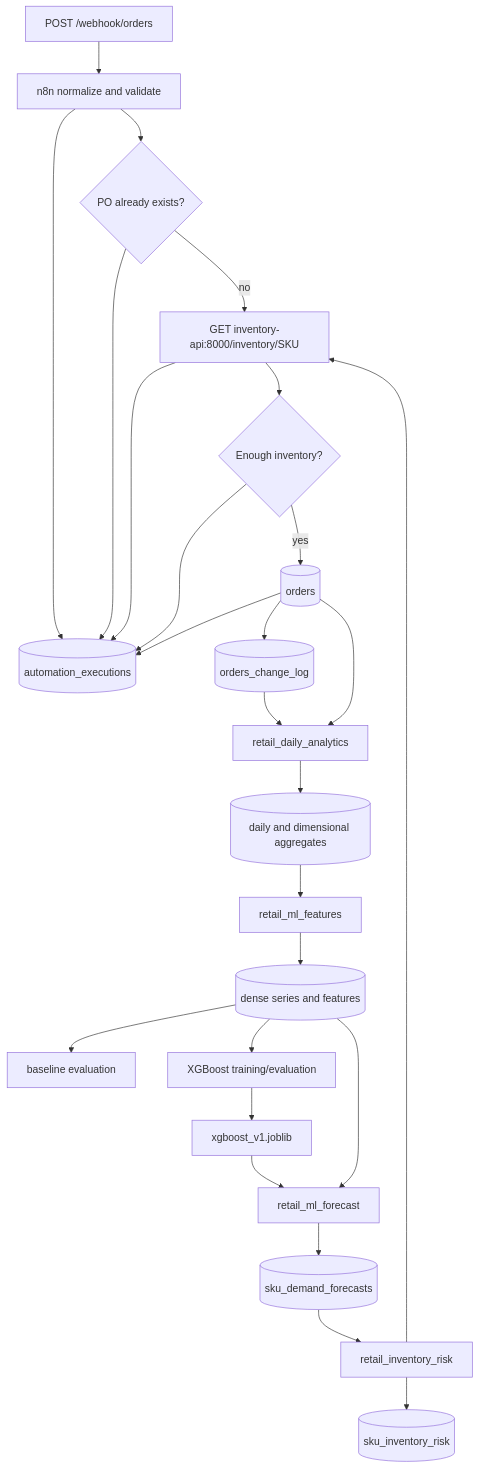
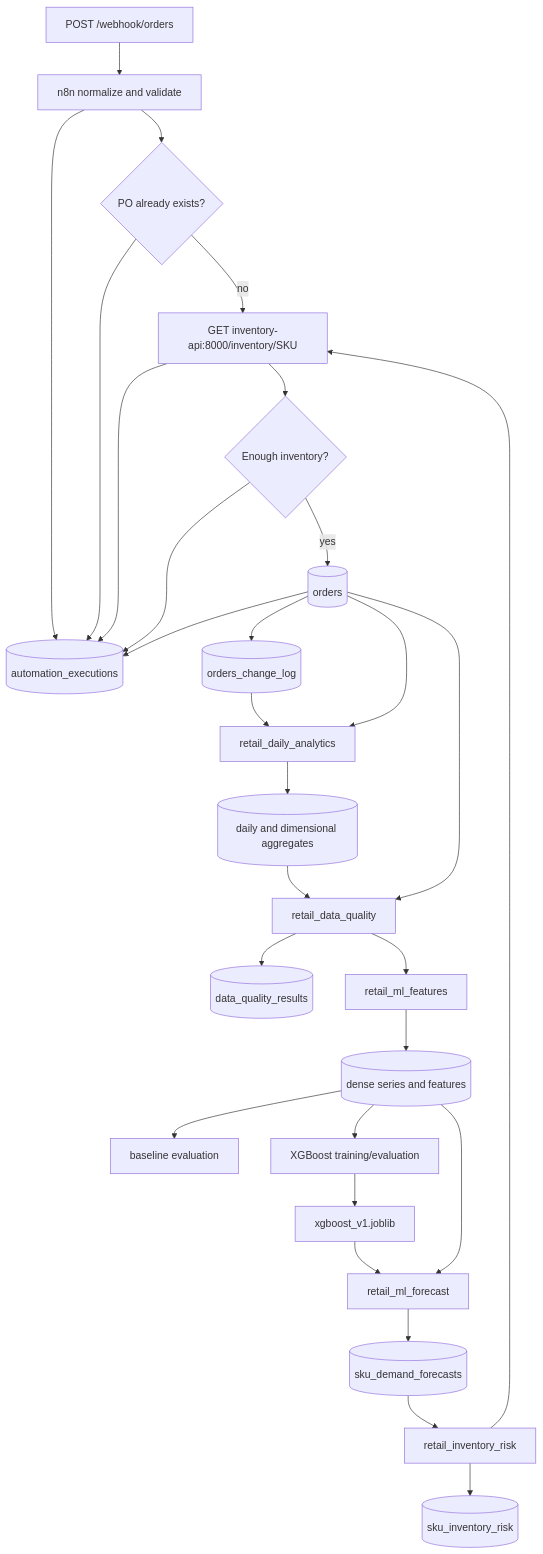
One commit to roger-git-427/retail_ops_automation changed the diagram in docs/architecture.md. Above: the diagram before and after it, drawn with Mermaid. The commit also changed other lines of this file and 14 other files, not shown here.

````diff
--- a/docs/architecture.md
+++ b/docs/architecture.md
@@ -5,23 +5,26 @@
 ```mermaid
 flowchart TD
     W[POST /webhook/orders] --> V[n8n normalize and validate]
     V --> U{PO already exists?}
     U -->|no| Q[GET inventory-api:8000/inventory/SKU]
     Q --> S{Enough inventory?}
     S -->|yes| O[(orders)]
     V & U & Q & S & O --> L[(automation_executions)]
     O --> CL[(orders_change_log)]
     CL --> DA[retail_daily_analytics]
     O --> DA
     DA --> AG[(daily and dimensional aggregates)]
-    AG --> FE[retail_ml_features]
+    AG --> DQ[retail_data_quality]
+    O --> DQ
+    DQ --> QR[(data_quality_results)]
+    DQ --> FE[retail_ml_features]
     FE --> FT[(dense series and features)]
     FT --> B[baseline evaluation]
     FT --> T[XGBoost training/evaluation]
     T --> J[xgboost_v1.joblib]
     J & FT --> FC[retail_ml_forecast]
     FC --> PF[(sku_demand_forecasts)]
     PF --> IR[retail_inventory_risk]
     IR --> Q
     IR --> RI[(sku_inventory_risk)]
 ```
````
